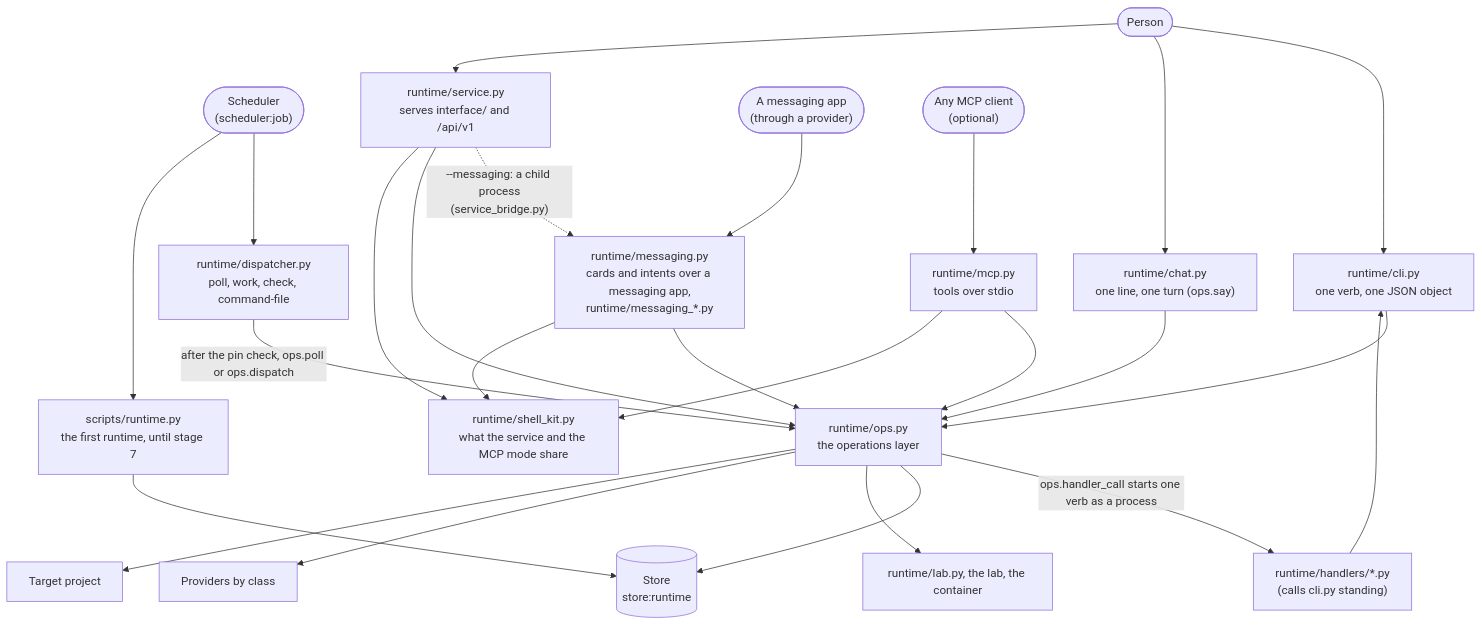
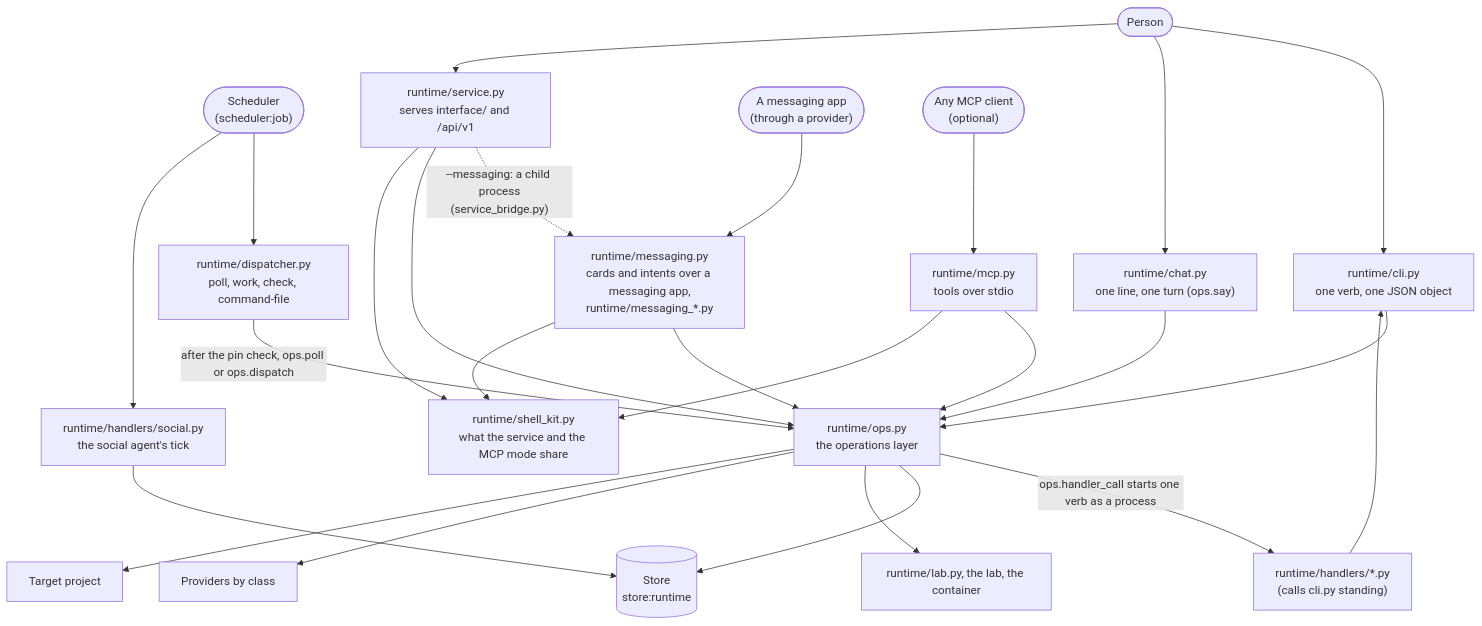
The diagram in docs/architecture/platform/shells.md (chrissgon/openhora), drawn with Mermaid before and after one commit. The commit also changed other lines of this file and 1968 other files, not shown here.

````diff
--- a/docs/architecture/platform/shells.md
+++ b/docs/architecture/platform/shells.md
@@ -13,46 +13,46 @@
 ```mermaid
 flowchart TB
     P(["Person"])
     S(["Scheduler<br/>(scheduler:job)"])
     CLI["runtime/cli.py<br/>one verb, one JSON object"]
     CHAT["runtime/chat.py<br/>one line, one turn (ops.say)"]
     DISP["runtime/dispatcher.py<br/>poll, work, check, command-file"]
     H["runtime/handlers/*.py<br/>(calls cli.py standing)"]
     SVC["runtime/service.py<br/>serves interface/ and /api/v1"]
     MCP["runtime/mcp.py<br/>tools over stdio"]
     MSG["runtime/messaging.py<br/>cards and intents over a messaging app,<br/>runtime/messaging_*.py"]
     APP(["A messaging app<br/>(through a provider)"])
     KIT["runtime/shell_kit.py<br/>what the service and the MCP mode share"]
     C(["Any MCP client<br/>(optional)"])
     OPS["runtime/ops.py<br/>the operations layer"]
     ST[("Store<br/>store:runtime")]
     LAB["runtime/lab.py, the lab, the container"]
     PR["Providers by class"]
     PJ["Target project"]
-    OLD["scripts/runtime.py<br/>the first runtime, until stage 7"]
+    OLD["runtime/handlers/social.py<br/>the social agent's tick"]
 
     P --> CLI
     P --> CHAT
     P --> SVC
     C --> MCP
     APP --> MSG
     SVC -.->|"--messaging: a child process<br/>(service_bridge.py)"| MSG
     S --> DISP
     S --> OLD
     DISP -->|"after the pin check, ops.poll or ops.dispatch"| OPS
     OPS -->|"ops.handler_call starts one verb as a process"| H
     H --> CLI
     CLI --> OPS
     CHAT --> OPS
     SVC --> OPS
     MCP --> OPS
     MSG --> OPS
     SVC --> KIT
     MCP --> KIT
     MSG --> KIT
     OPS --> ST
     OPS --> LAB
     OPS --> PR
     OPS --> PJ
     OLD --> ST
 ```
````
